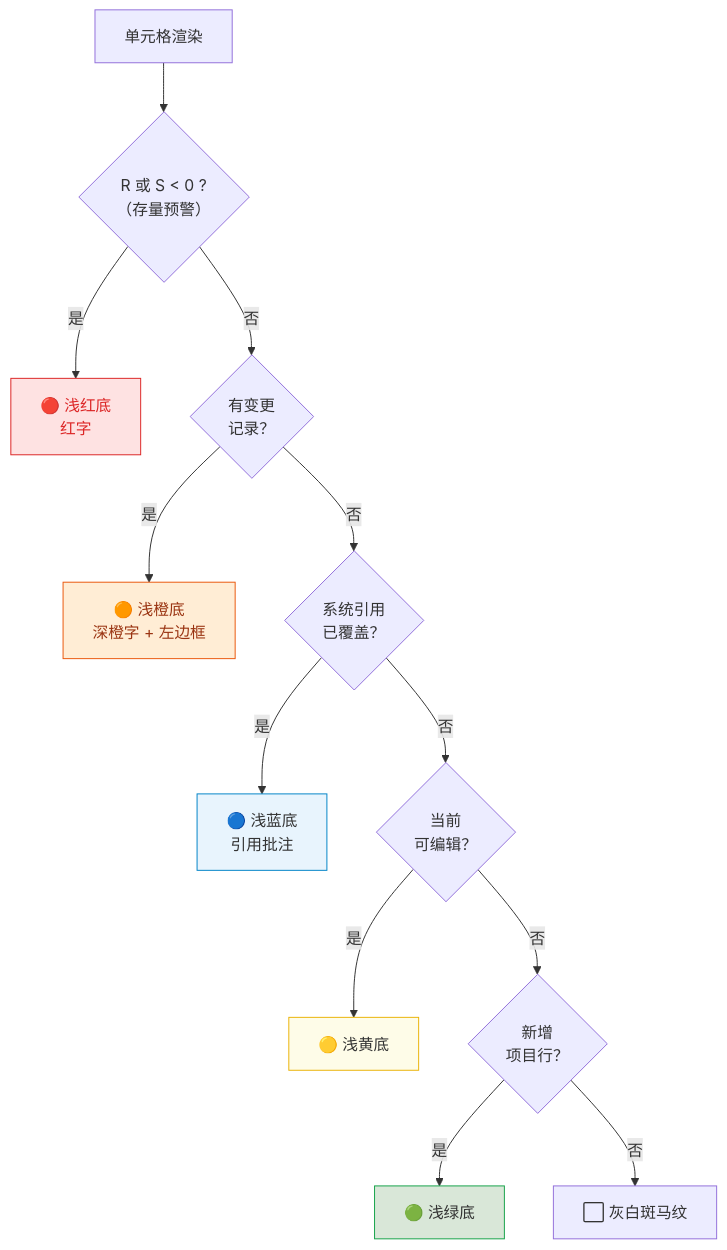
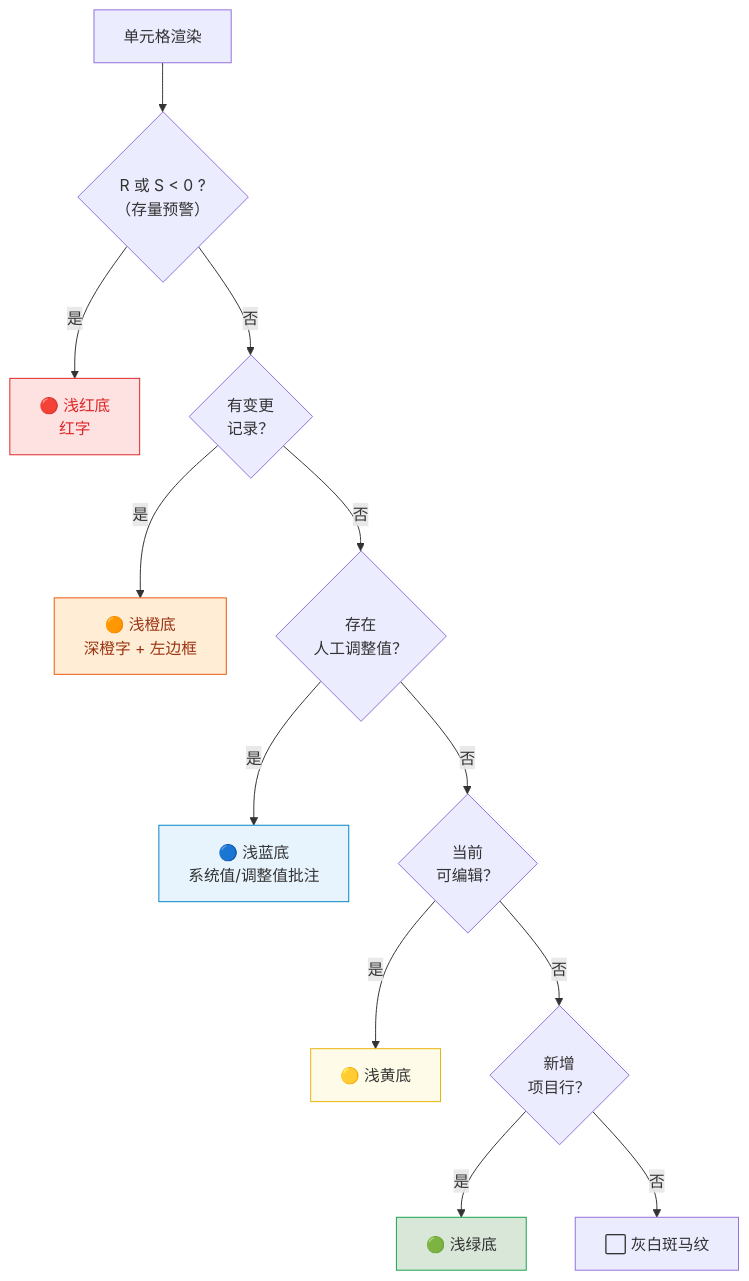
Before and after one commit to marcelxu0272/202605_project-tracking-table: the tenth of 14 diagrams in docs/需求文档/需求文档_产品版.md, drawn with Mermaid. The commit also changed other lines of this file and 20 other files, not shown here.

````diff
--- a/docs/需求文档/需求文档_产品版.md
+++ b/docs/需求文档/需求文档_产品版.md
@@ -978,20 +983,20 @@
 ```mermaid
 flowchart TD
     CELL["单元格渲染"] --> Q1{"R 或 S < 0 ?<br/>（存量预警）"}
     Q1 -->|是| C1["🔴 浅红底<br/>红字"]
     Q1 -->|否| Q2{"有变更<br/>记录？"}
     Q2 -->|是| C2["🟠 浅橙底<br/>深橙字 + 左边框"]
-    Q2 -->|否| Q3{"系统引用<br/>已覆盖？"}
-    Q3 -->|是| C3["🔵 浅蓝底<br/>引用批注"]
+    Q2 -->|否| Q3{"存在<br/>人工调整值？"}
+    Q3 -->|是| C3["🔵 浅蓝底<br/>系统值/调整值批注"]
     Q3 -->|否| Q4{"当前<br/>可编辑？"}
     Q4 -->|是| C4["🟡 浅黄底"]
     Q4 -->|否| Q5{"新增<br/>项目行？"}
     Q5 -->|是| C5["🟢 浅绿底"]
     Q5 -->|否| C6["⬜ 灰白斑马纹"]
 
     style C1 fill:#fee2e2,stroke:#dc2626,color:#dc2626
     style C2 fill:#ffedd5,stroke:#ea580c,color:#9a3412
     style C3 fill:#e8f4fd,stroke:#0284c7
     style C4 fill:#fefce8,stroke:#eab308
     style C5 fill:#d9e7d8,stroke:#16a34a
 ```
````
